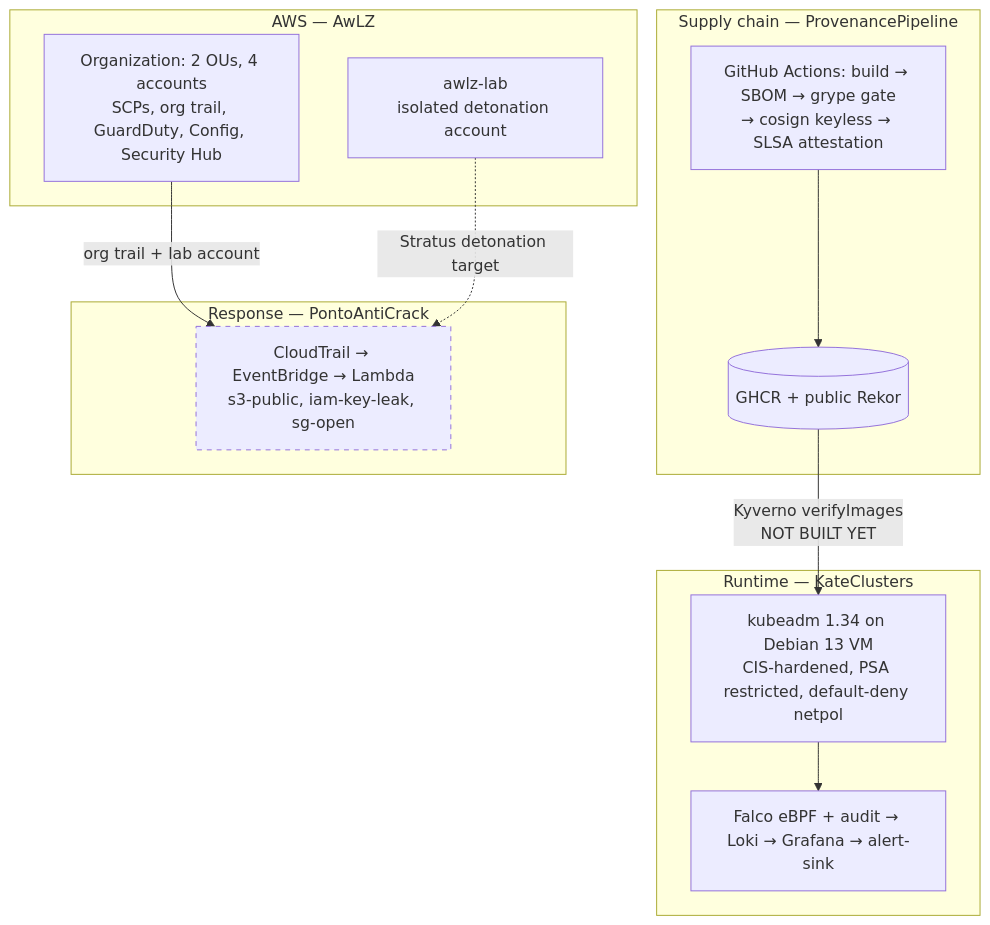
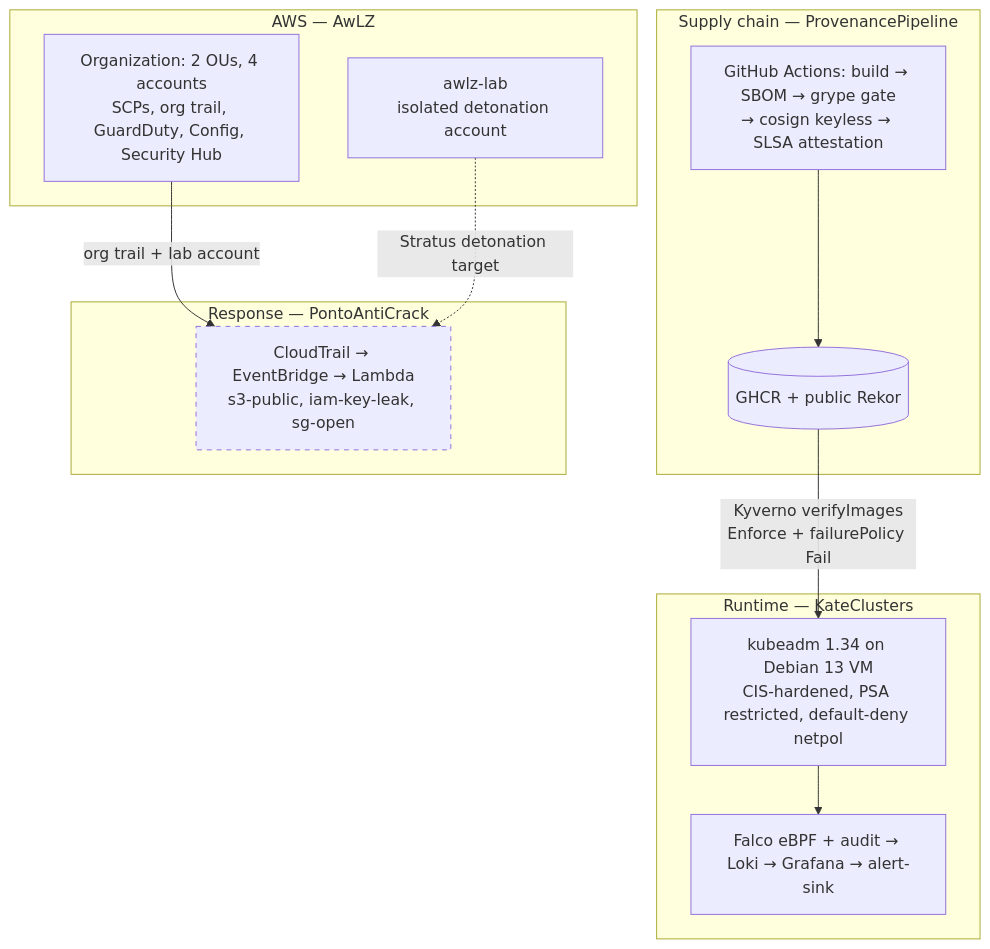
Before and after one commit to PontoPe/TrustStack: the diagram in README.md, drawn with Mermaid. The commit also changed other lines of this file and 4 other files, not shown here.

Commit message:
docs: close the cross-cutting roadmap

````diff
--- a/README.md
+++ b/README.md
@@ -43,30 +43,30 @@
 ```mermaid
 flowchart TB
     subgraph AWS["AWS — AwLZ"]
         ORG["Organization: 2 OUs, 4 accounts<br/>SCPs, org trail, GuardDuty, Config, Security Hub"]
         LAB["awlz-lab<br/>isolated detonation account"]
     end
 
     subgraph SUPPLY["Supply chain — ProvenancePipeline"]
         CI["GitHub Actions: build → SBOM → grype gate<br/>→ cosign keyless → SLSA attestation"]
         REG[("GHCR + public Rekor")]
     end
 
     subgraph CLUSTER["Runtime — KateClusters"]
         K8S["kubeadm 1.34 on Debian 13 VM<br/>CIS-hardened, PSA restricted, default-deny netpol"]
         DET["Falco eBPF + audit → Loki → Grafana → alert-sink"]
     end
 
     subgraph RESP["Response — PontoAntiCrack"]
         PAC["CloudTrail → EventBridge → Lambda<br/>s3-public, iam-key-leak, sg-open"]
     end
 
     ORG -->|org trail + lab account| PAC
     LAB -.->|Stratus detonation target| PAC
     CI --> REG
-    REG -->|Kyverno verifyImages<br/>NOT BUILT YET| K8S
+    REG -->|Kyverno verifyImages<br/>Enforce + failurePolicy Fail| K8S
     K8S --> DET
 
     classDef todo stroke-dasharray: 5 5
     class PAC todo
 ```
````
